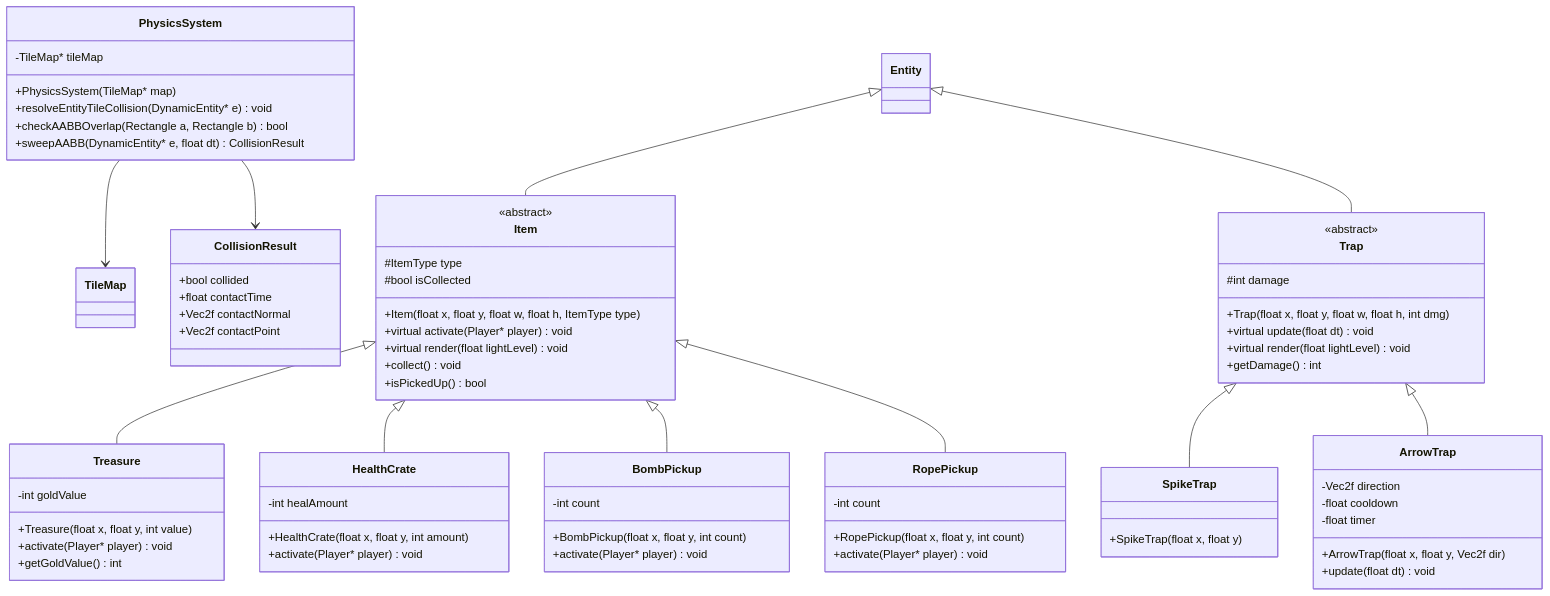
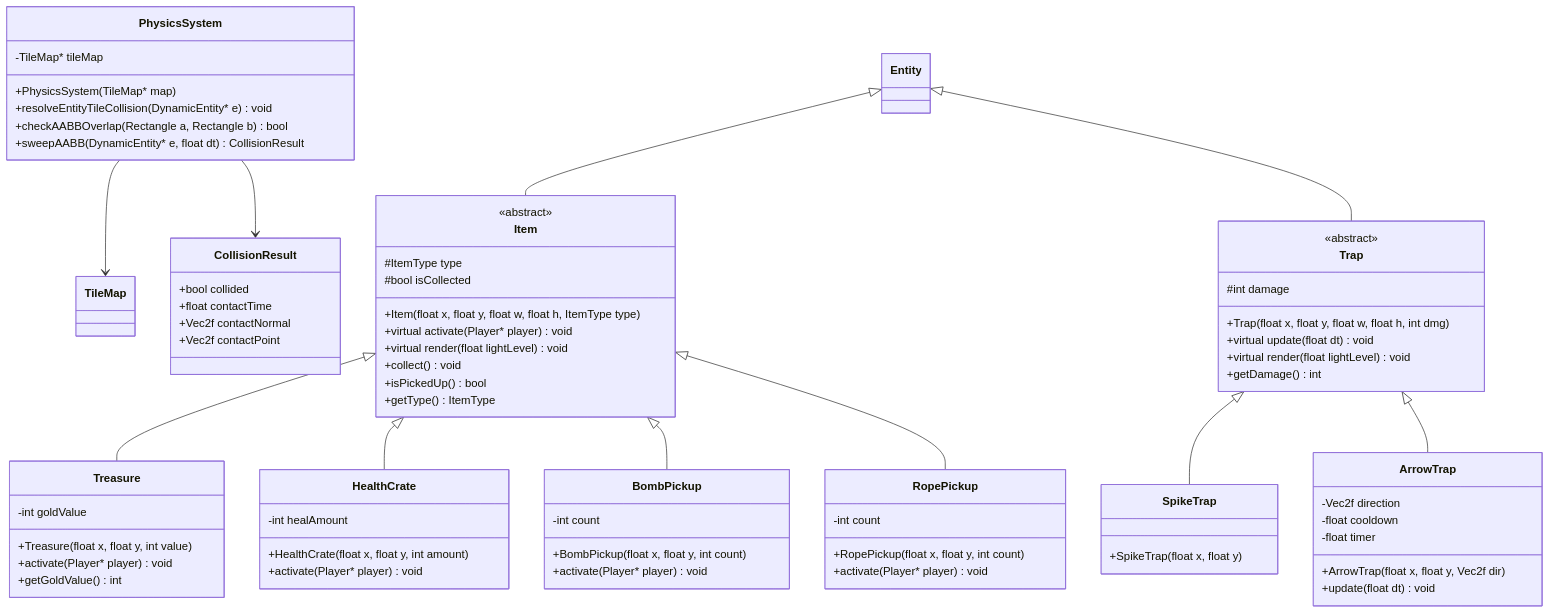
One commit to Gasmask-Chan/CS202-Cavern-Descent changed the seventh of 8 diagrams in project_plan.md. Above: the diagram before and after it, drawn with Mermaid. The commit also changed other lines of this file and 7 other files, not shown here.

```diff
--- a/project_plan.md
+++ b/project_plan.md
@@ -1112,6 +1113,7 @@
         +virtual render(float lightLevel) void
         +collect() void
         +isPickedUp() bool
+        +getType() ItemType
     }
 
     class Treasure {
```
